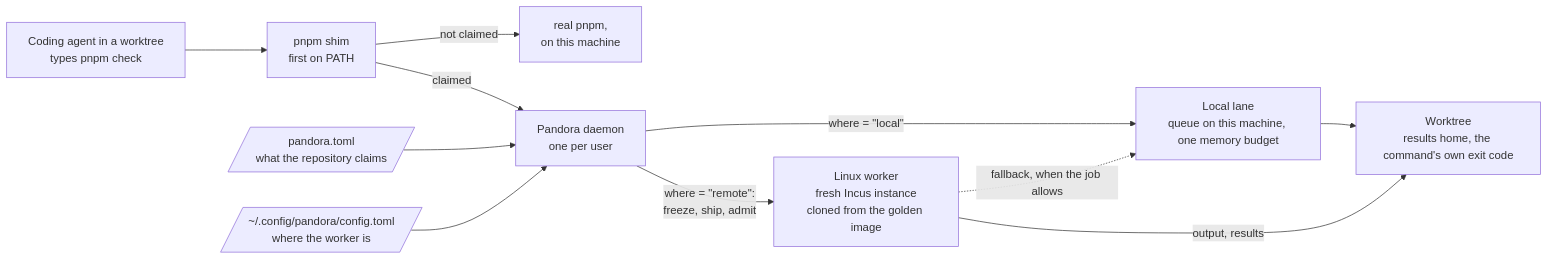
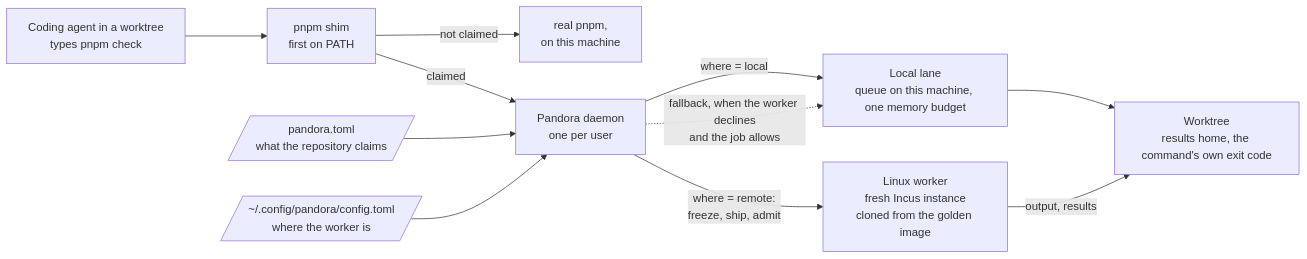
The diagram in README.md (gbasin/pandora), drawn with Mermaid before and after one commit. The commit also changed other lines of this file and 1 other file, not shown here.

Commit message:
Diagram edges without entities, fallback decided by the daemon, and the budget sentence
Claude-Session: https://claude.ai/code/session_01QUKcBHDqbQv4af5SQLtuwZ

````diff
--- a/README.md
+++ b/README.md
@@ -79,13 +79,13 @@
 ```mermaid
 flowchart LR
     agent["Coding agent in a worktree<br/>types pnpm check"] --> shim["pnpm shim<br/>first on PATH"]
     shim -- "not claimed" --> real["real pnpm,<br/>on this machine"]
     shim -- "claimed" --> daemon["Pandora daemon<br/>one per user"]
     toml[/"pandora.toml<br/>what the repository claims"/] --> daemon
     cfg[/"~/.config/pandora/config.toml<br/>where the worker is"/] --> daemon
-    daemon -- "where = #quot;local#quot;" --> local["Local lane<br/>queue on this machine, one memory budget"]
-    daemon -- "where = #quot;remote#quot;:<br/>freeze, ship, admit" --> worker["Linux worker<br/>fresh Incus instance<br/>cloned from the golden image"]
-    worker -. "fallback, when the job allows" .-> local
+    daemon -- "where = local" --> local["Local lane<br/>queue on this machine, one memory budget"]
+    daemon -- "where = remote:<br/>freeze, ship, admit" --> worker["Linux worker<br/>fresh Incus instance<br/>cloned from the golden image"]
+    daemon -. "fallback, when the worker declines<br/>and the job allows" .-> local
     local --> home["Worktree<br/>results home, the command's own exit code"]
     worker -- "output, results" --> home
 ```
````
